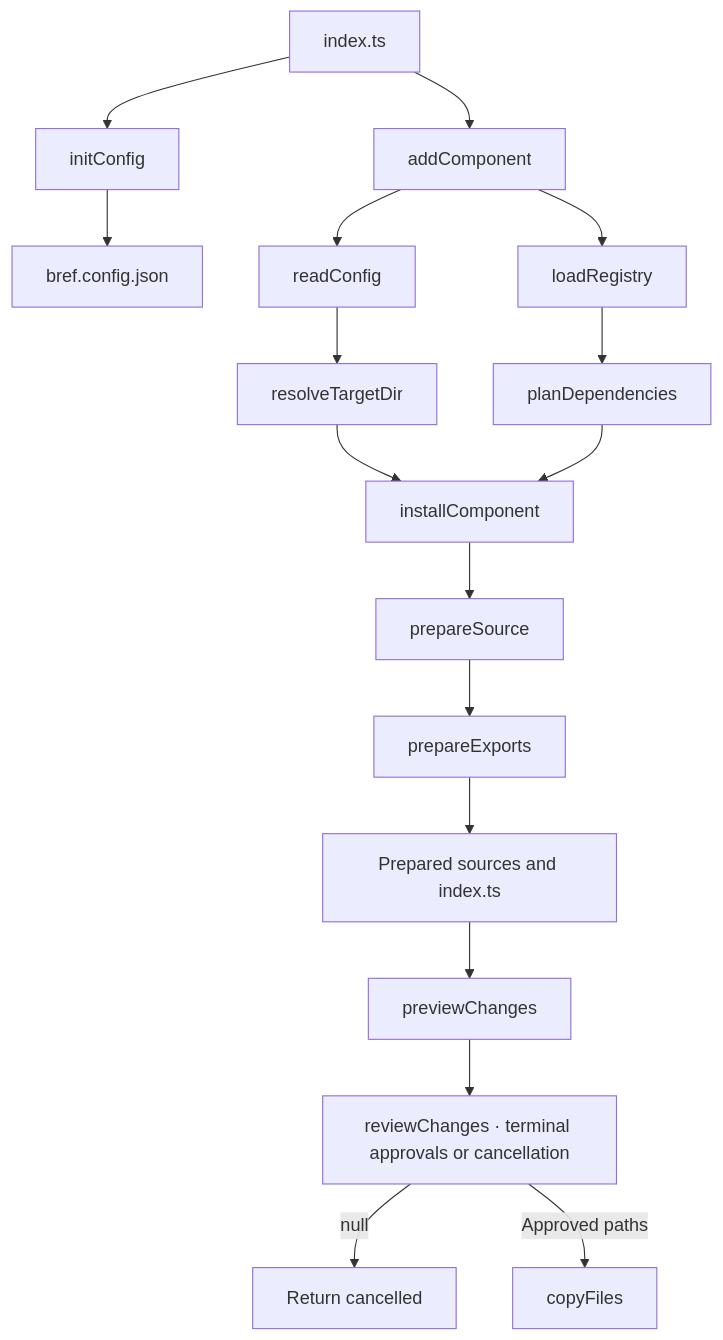
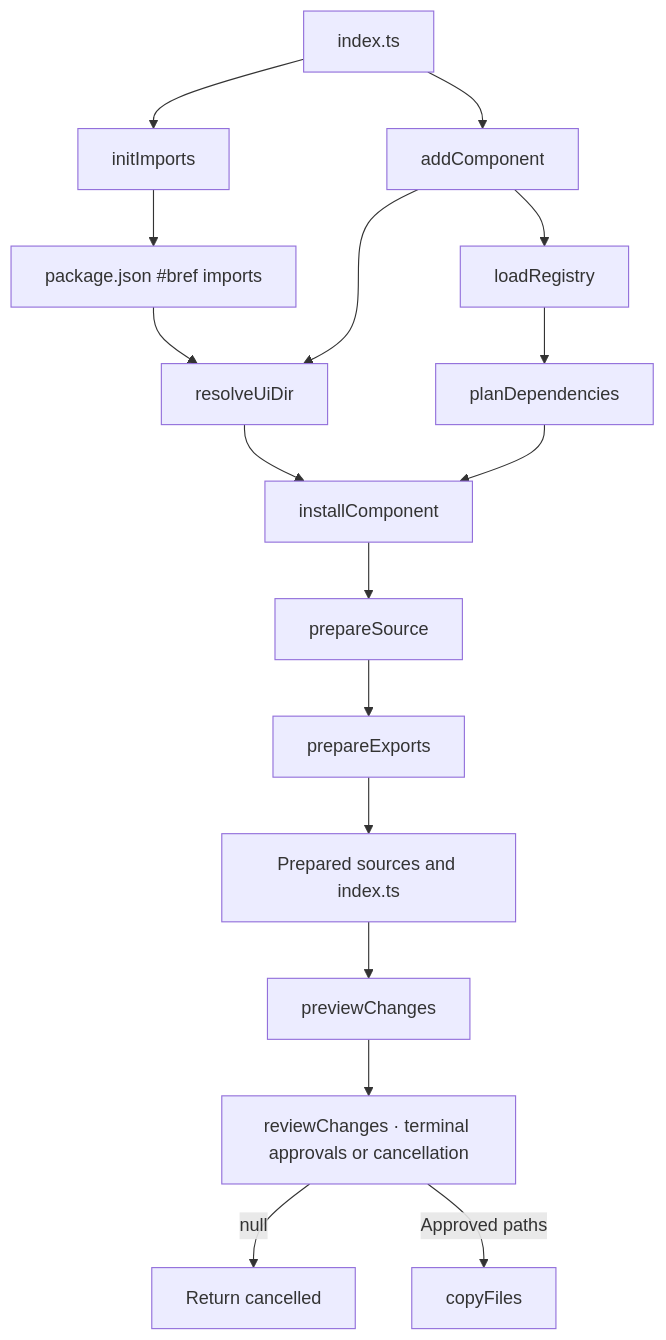
One commit to feuersteiner/bref-ui changed the diagram in core/cli/README.md. Above: the diagram before and after it, drawn with Mermaid. The commit also changed other lines of this file and 19 other files, not shown here.

Commit message:
feat✨: replace bref.config.json with #bref package imports

````diff
--- a/core/cli/README.md
+++ b/core/cli/README.md
@@ -29,19 +30,19 @@
 ```mermaid
 flowchart TD
-    entry["index.ts"] --> init["initConfig"]
+    entry["index.ts"] --> init["initImports"]
     entry --> add["addComponent"]
-    init --> config["bref.config.json"]
-    add --> read["readConfig"]
-    read --> resolve["resolveTargetDir"]
+    init --> imports["package.json #bref imports"]
+    add --> resolve["resolveUiDir"]
+    imports --> resolve
     add --> load["loadRegistry"]
     load --> plan["planDependencies"]
     resolve --> install["installComponent"]
     plan --> install
     install --> prepare["prepareSource"]
     prepare --> exports["prepareExports"]
     exports --> files["Prepared sources and index.ts"]
     files --> preview["previewChanges"]
     preview --> decisions["reviewChanges · terminal approvals or cancellation"]
     decisions -->|null| cancel["Return cancelled"]
     decisions -->|Approved paths| copy["copyFiles"]
 ```
````
